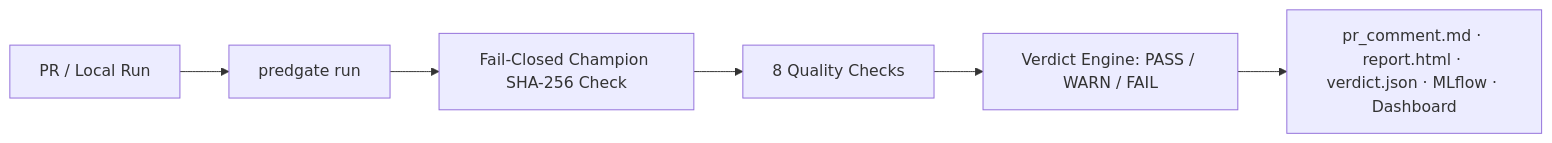
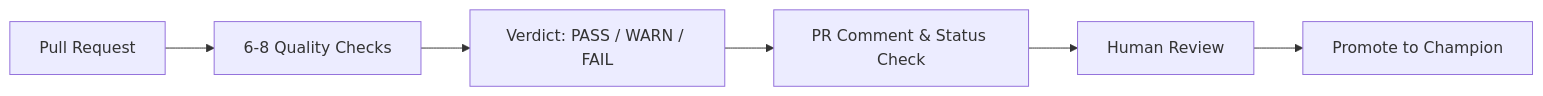
Before and after one commit to taqi-stark/predgate: the diagram in README.md, drawn with Mermaid. The commit also changed other lines of this file and 25 other files, not shown here.

````diff
--- a/README.md
+++ b/README.md
@@ -138,8 +15,8 @@
 ```mermaid
 flowchart LR
-    PR[PR / Local Run] --> CLI[predgate run]
-    CLI --> VER[Fail-Closed Champion SHA-256 Check]
-    VER --> CHK[8 Quality Checks]
-    CHK --> AGG[Verdict Engine: PASS / WARN / FAIL]
-    AGG --> OUT[pr_comment.md · report.html · verdict.json · MLflow · Dashboard]
+    PR[Pull Request] --> CHK[6-8 Quality Checks]
+    CHK --> VER[Verdict: PASS / WARN / FAIL]
+    VER --> BOT[PR Comment & Status Check]
+    BOT --> REV[Human Review]
+    REV --> PRO[Promote to Champion]
 ```
````
